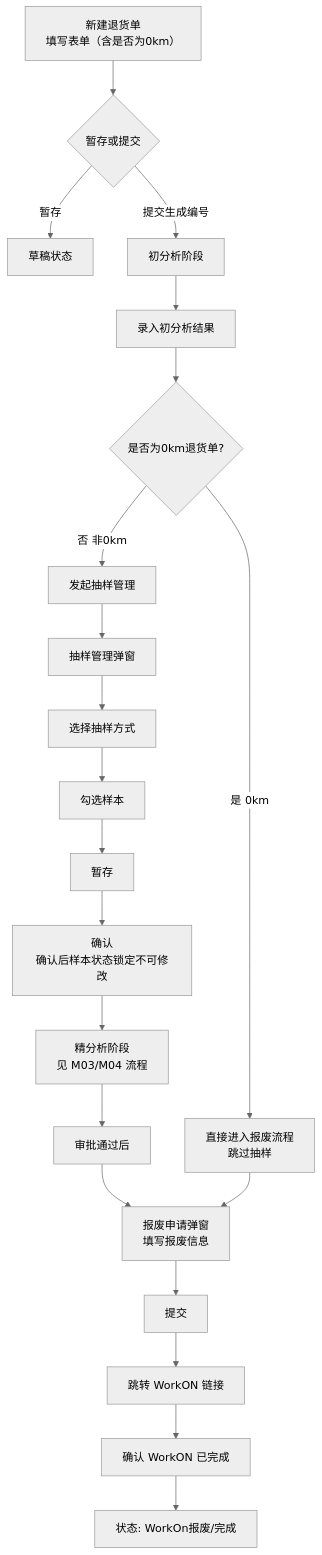
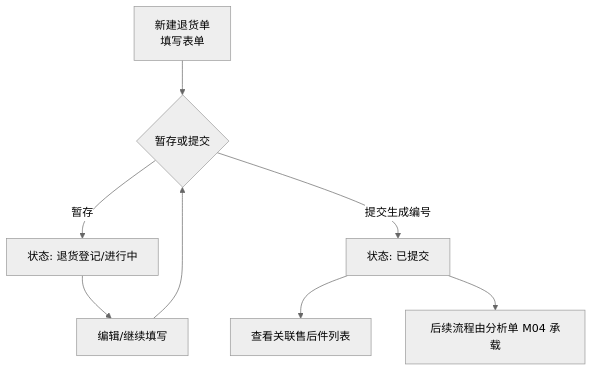
Before and after one commit to xvfeiran/wfam-doc: the fourth of 15 diagrams in 01-设计文档/开发设计文档.md, drawn with Mermaid (neutral theme). The commit also changed other lines of this file and 1 other file, not shown here.

First line of the commit message:
feat: enhance part list, analysis order list columns and sampling modal

````diff
--- a/01-设计文档/开发设计文档.md
+++ b/01-设计文档/开发设计文档.md
@@ -303,23 +296,11 @@
 ```mermaid
 flowchart TD
-    Create[新建退货单\n填写表单（含是否为0km）] --> Choice{暂存或提交}
-    Choice -->|暂存| Draft[草稿状态]
-    Choice -->|提交生成编号| Initial[初分析阶段]
-    Initial --> Record[录入初分析结果]
-    Record --> Check0km{是否为0km退货单?}
-    Check0km -->|是 0km| DirectScrap[直接进入报废流程\n跳过抽样]
-    Check0km -->|否 非0km| StartSampling[发起抽样管理]
-    StartSampling --> SamplingDlg[抽样管理弹窗]
-    SamplingDlg --> Method[选择抽样方式]
-    Method --> SelectParts[勾选样本]
-    SelectParts --> SaveDraft[暂存]
-    SaveDraft --> Confirm[确认\n确认后样本状态锁定不可修改]
-    Confirm --> Detailed[精分析阶段\n见 M03/M04 流程]
-    Detailed --> AfterApproval[审批通过后]
-    AfterApproval --> ScrapDlg[报废申请弹窗\n填写报废信息]
-    DirectScrap --> ScrapDlg
-    ScrapDlg --> Submit[提交]
-    Submit --> WorkON[跳转 WorkON 链接]
-    WorkON --> ConfirmWorkON[确认 WorkON 已完成]
-    ConfirmWorkON --> Done[状态: WorkOn报废/完成]
+    Create[新建退货单
+    填写表单] --> Choice{暂存或提交}
+    Choice -->|暂存| Draft[状态: 退货登记/进行中]
+    Draft --> Edit[编辑/继续填写]
+    Edit --> Choice
+    Choice -->|提交生成编号| Submitted[状态: 已提交]
+    Submitted --> ViewParts[查看关联售后件列表]
+    Submitted --> Done[后续流程由分析单 M04 承载]
 ```
````
